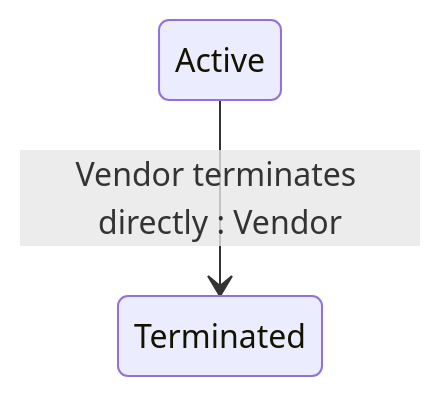
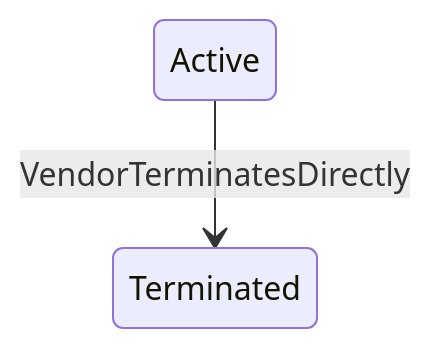
Before and after one commit to mikhailtchesnokov/gitbook: the diagram in developer-resources/rest-api/commerce-api/asset/state-diagram.md, drawn with Mermaid. The commit also changed 151 other files, not shown here.

````diff
--- a/developer-resources/rest-api/commerce-api/asset/state-diagram.md
+++ b/developer-resources/rest-api/commerce-api/asset/state-diagram.md
@@ -13,4 +13,4 @@
 ```mermaid
 stateDiagram-v2
-    Active --> Terminated : Vendor terminates directly : Vendor
+    Active --> Terminated : VendorTerminatesDirectly
 ```
````
